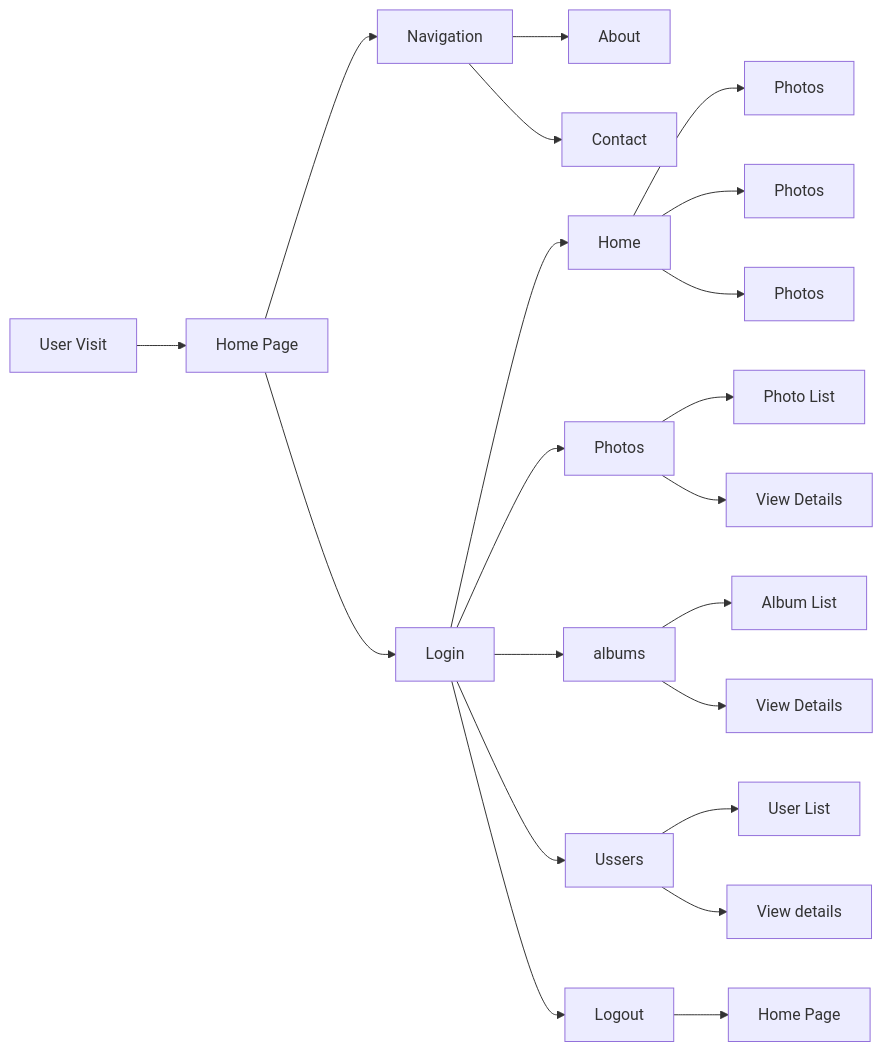
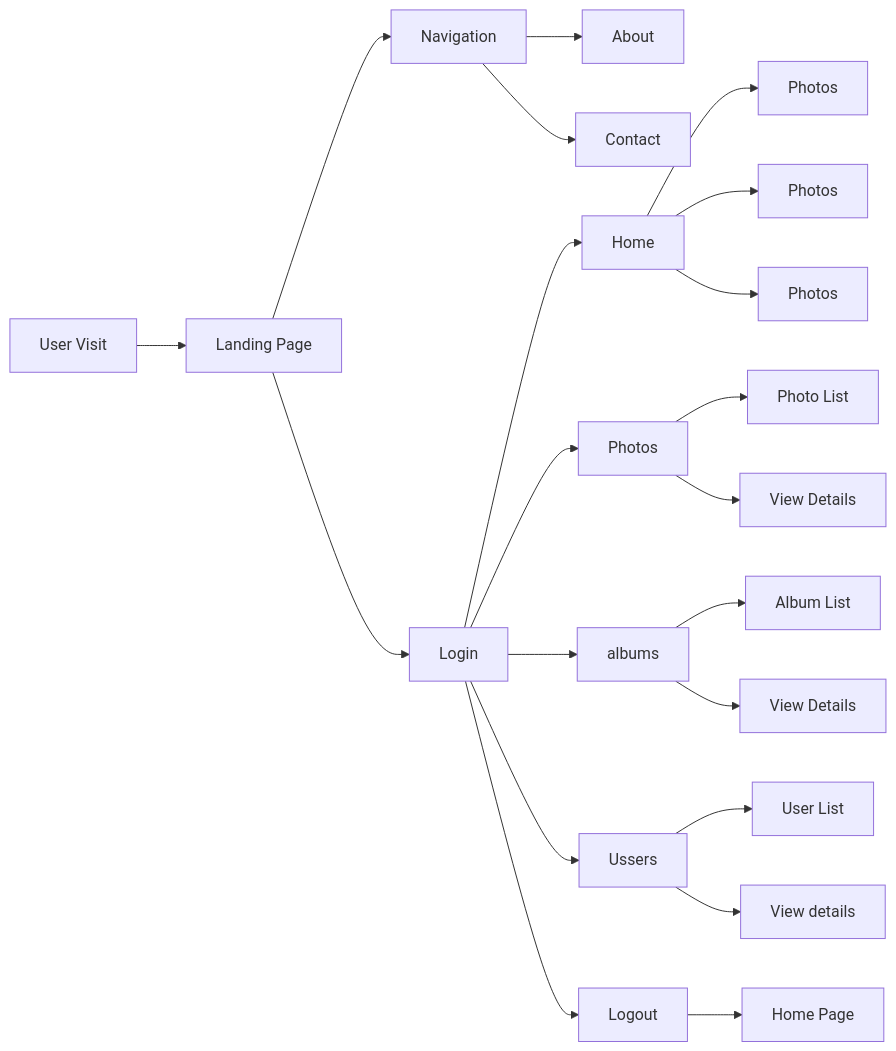
Before and after one commit to SAVANNAH-INFORMATICS/PhotoHub: the second of 2 diagrams in README.md, drawn with Mermaid.

Commit message:
Made changes to the README file

````diff
--- a/README.md
+++ b/README.md
@@ -156,23 +156,23 @@
 ```mermaid
 flowchart LR
-    A[User Visit] --> B[Home Page]
+    A[User Visit] --> B[Landing Page]
     B --> C[Login]
     B --> D[Navigation]
     D --> E[About]
     D --> F[Contact]
     C --> H[Home]
     C --> I[Photos]
     C --> J[albums]
     C --> K[Ussers]
     C --> L[Logout]
     H --> M[Photos]
     H --> N[Photos]
     H --> O[Photos]
     I --> P[Photo List]
     I --> Q[View Details]
     J --> R[Album List]
     J --> S[View Details]
     K --> T[User List]
     K --> U[View details]
     L --> V[Home Page]
 ```
````
